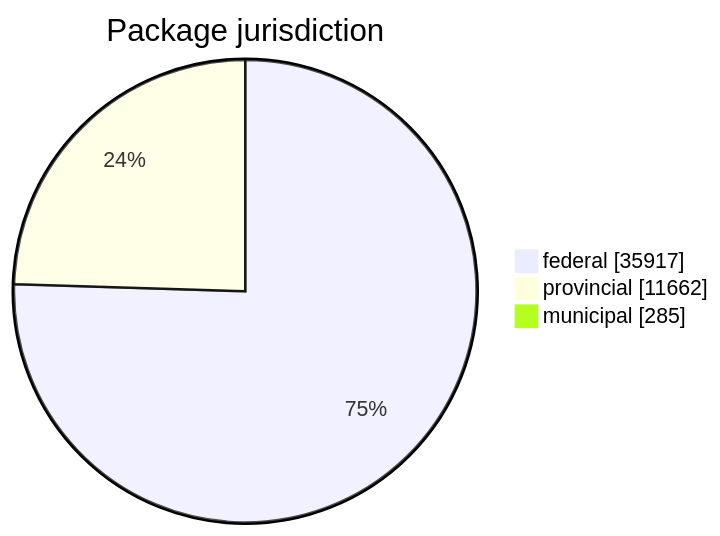
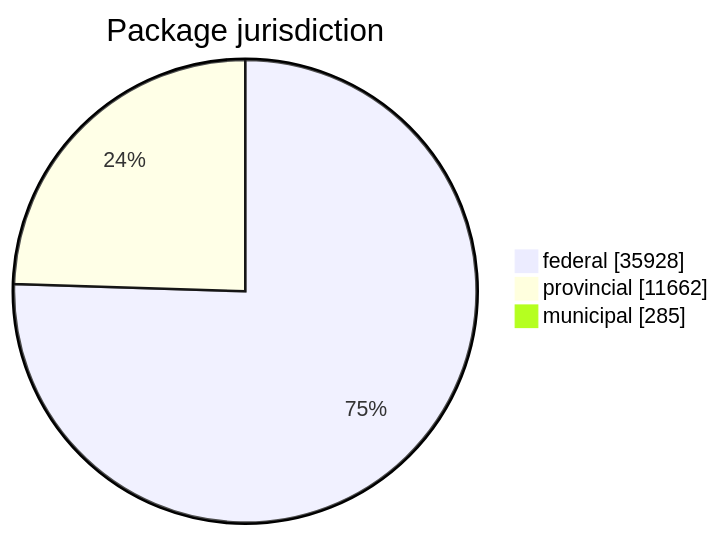
Before and after one commit to open-data/analytics-corporate-reporting: the first of 5 diagrams in FreshCheck/README.md, drawn with Mermaid. The commit also changed other lines of this file and 3 other files, not shown here.

````diff
--- a/FreshCheck/README.md
+++ b/FreshCheck/README.md
@@ -60,6 +60,6 @@
 ```mermaid
 pie showData title Package jurisdiction
-    "federal": 35917
+    "federal": 35928
     "provincial": 11662
     "municipal": 285
 ```
````
